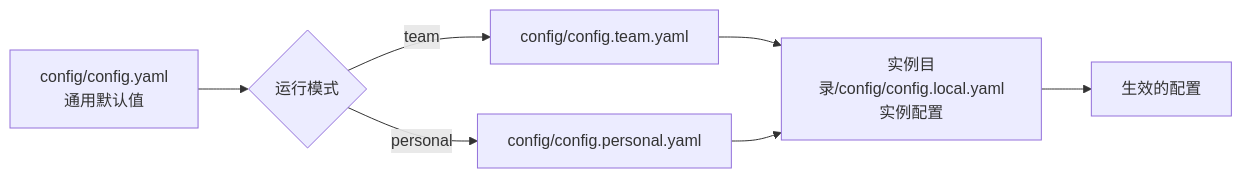
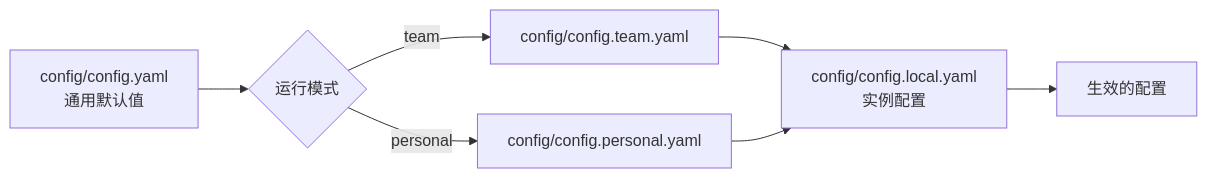
The fifth of 5 diagrams in README.md (hyddd/polaris), drawn with Mermaid before and after one commit. The commit also changed other lines of this file and 9 other files, not shown here.

````diff
--- a/README.md
+++ b/README.md
@@ -220,9 +222,9 @@
 ```mermaid
 flowchart LR
     A["config/config.yaml<br/>通用默认值"] --> B{"运行模式"}
     B -- team --> T["config/config.team.yaml"]
     B -- personal --> P["config/config.personal.yaml"]
-    T --> L["实例目录/config/config.local.yaml<br/>实例配置"]
+    T --> L["config/config.local.yaml<br/>实例配置"]
     P --> L
     L --> R["生效的配置"]
 ```
````
